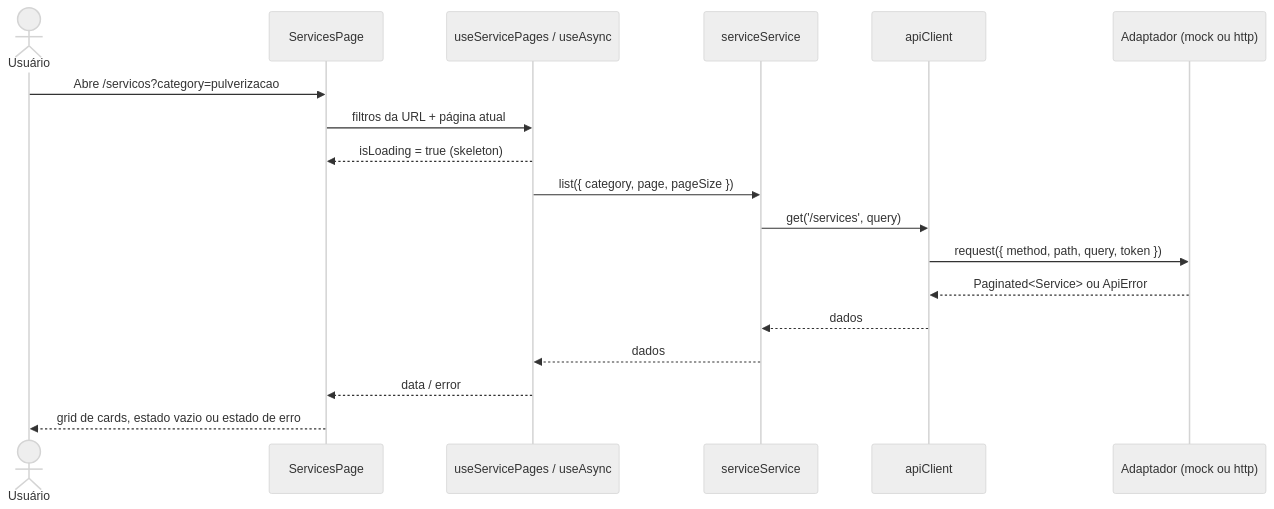
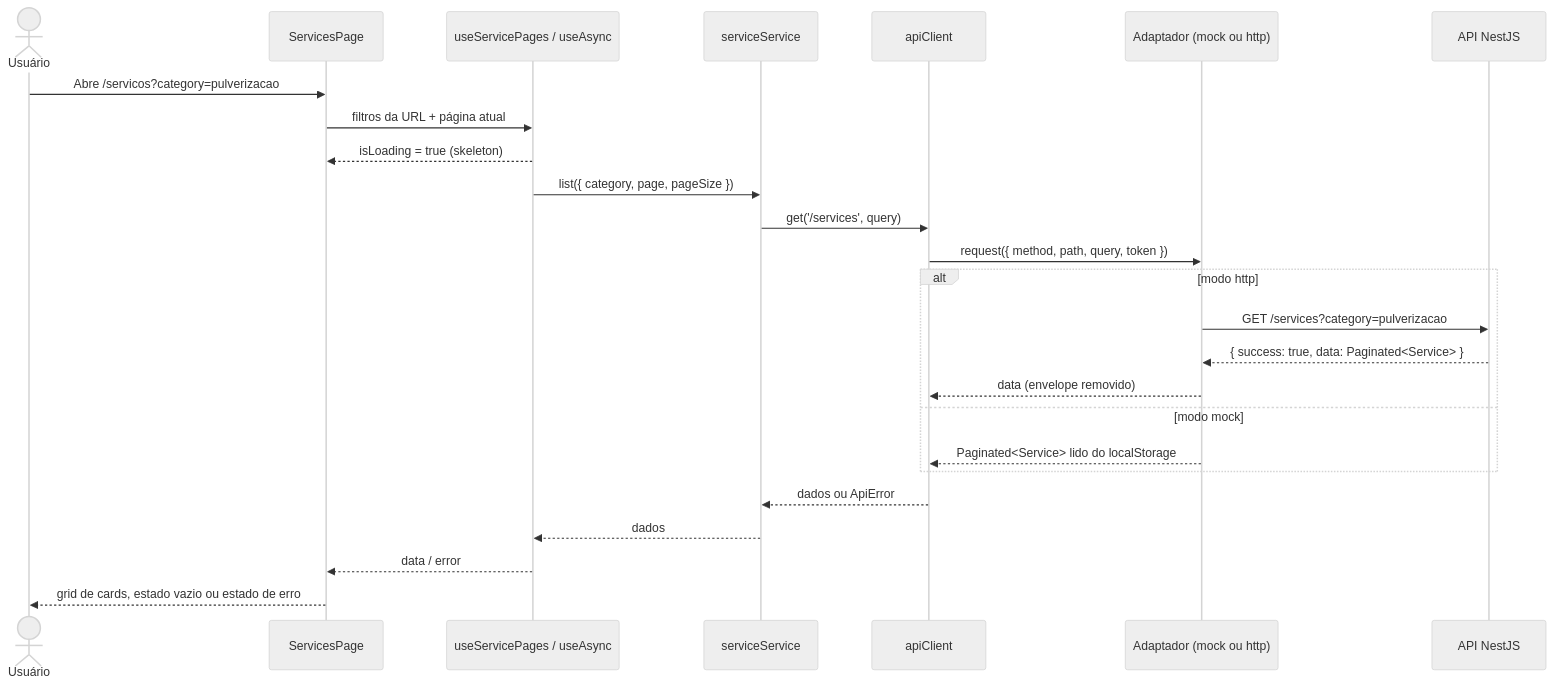
One commit to 16Jorgecamargo/agroserv changed the sixth of 10 diagrams in docs/flowcharts.md. Above: the diagram before and after it, drawn with Mermaid (neutral theme). The commit also changed other lines of this file and 18 other files, not shown here.

First line of the commit message:
feat(F7-06): final documentation and regenerated flowcharts

````diff
--- a/docs/flowcharts.md
+++ b/docs/flowcharts.md
@@ -197,21 +255,28 @@
 ```mermaid
 sequenceDiagram
     actor U as Usuário
     participant P as ServicesPage
     participant H as useServicePages / useAsync
     participant S as serviceService
     participant C as apiClient
     participant A as Adaptador (mock ou http)
+    participant B as API NestJS
 
     U->>P: Abre /servicos?category=pulverizacao
     P->>H: filtros da URL + página atual
     H-->>P: isLoading = true (skeleton)
     H->>S: list({ category, page, pageSize })
     S->>C: get('/services', query)
     C->>A: request({ method, path, query, token })
-    A-->>C: Paginated<Service> ou ApiError
-    C-->>S: dados
+    alt modo http
+        A->>B: GET /services?category=pulverizacao
+        B-->>A: { success: true, data: Paginated<Service> }
+        A-->>C: data (envelope removido)
+    else modo mock
+        A-->>C: Paginated<Service> lido do localStorage
+    end
+    C-->>S: dados ou ApiError
     S-->>H: dados
     H-->>P: data / error
     P-->>U: grid de cards, estado vazio ou estado de erro
 ```
````
